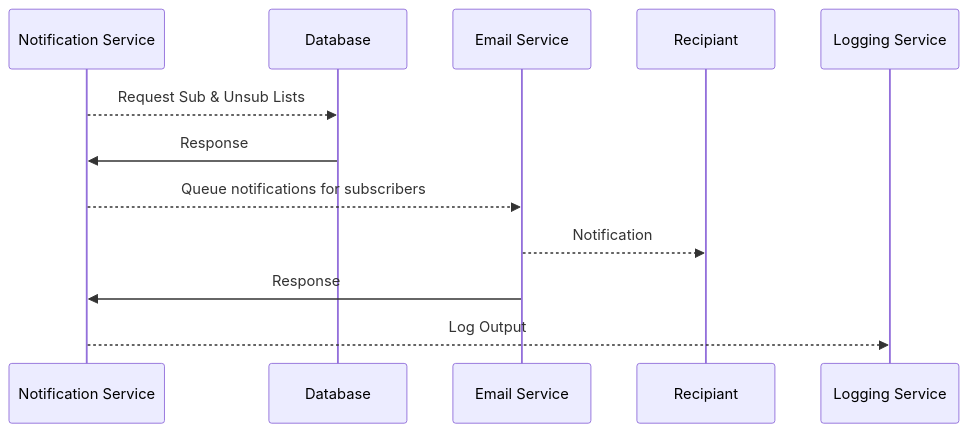
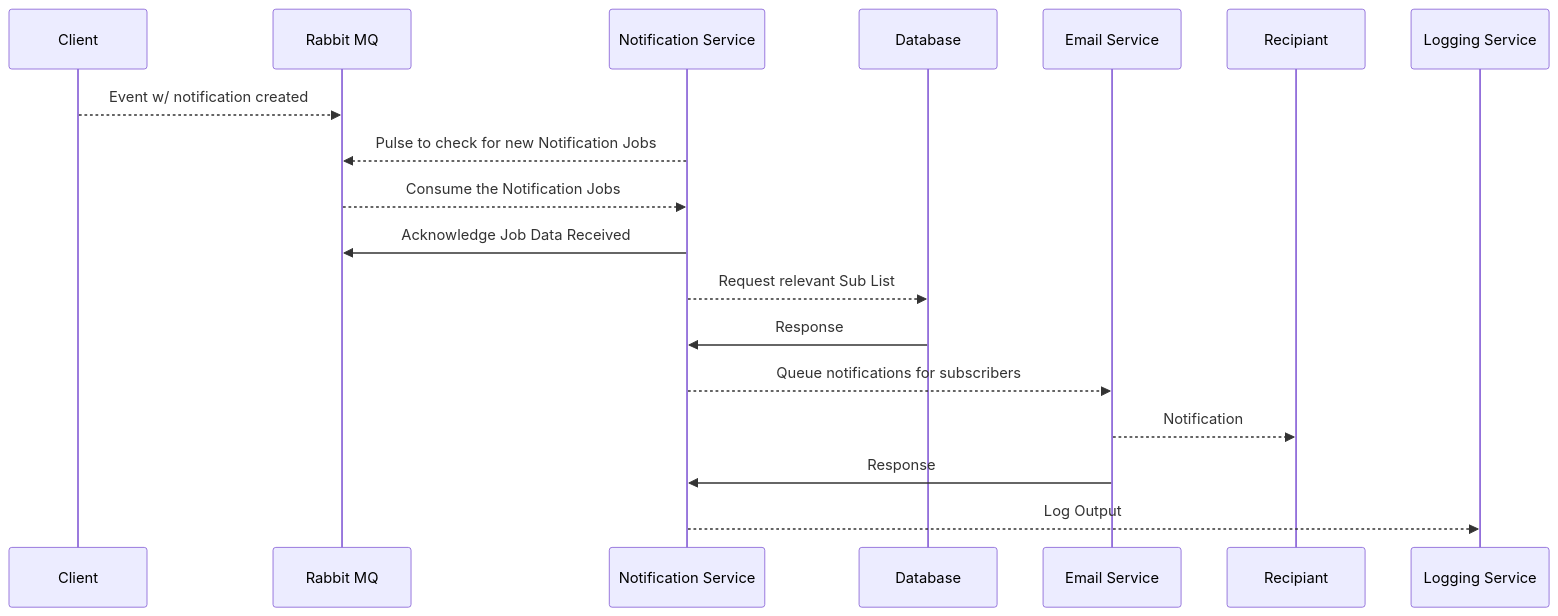
Before and after one commit to c2c-project/prytaneum-notifications: the fifth of 5 diagrams in docs/NotificationService.md, drawn with Mermaid. The commit also changed other lines of this file and 2 other files, not shown here.

````diff
--- a/docs/NotificationService.md
+++ b/docs/NotificationService.md
@@ -89,14 +89,20 @@
 ```mermaid
 sequenceDiagram
+  participant C as Client
+  participant RMQ as Rabbit MQ
   participant NS as Notification Service
   participant DB as Database
   participant ES as Email Service
   participant R as Recipiant
   participant LS as Logging Service
-  NS-->>DB: Request Sub & Unsub Lists
+  C-->>RMQ: Event w/ notification created
+  NS-->>RMQ: Pulse to check for new Notification Jobs
+  RMQ-->>NS: Consume the Notification Jobs
+  NS->>RMQ: Acknowledge Job Data Received
+  NS-->>DB: Request relevant Sub List
   DB->>NS: Response
   NS-->>ES: Queue notifications for subscribers
   ES-->>R: Notification
   ES->>NS: Response
   NS-->>LS: Log Output
 ```
````
